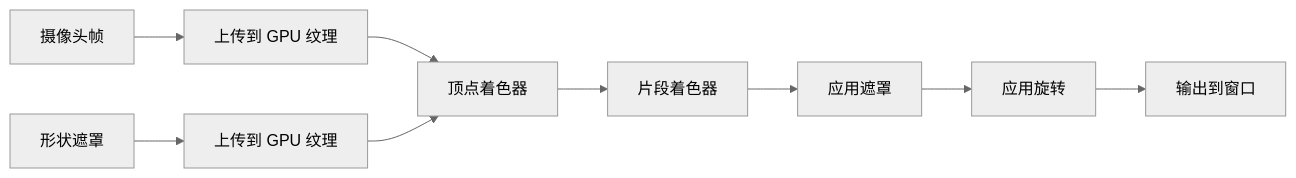
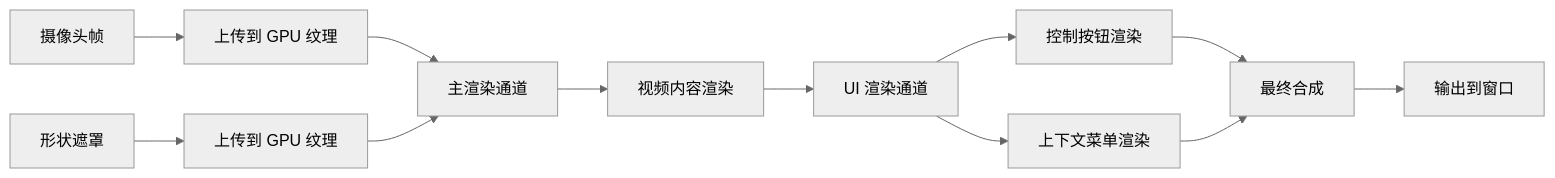
The second of 2 diagrams in .kiro/specs/mira/design.md (Vogadero/Mira), drawn with Mermaid (neutral theme) before and after one commit. The commit also changed other lines of this file and 3 other files, not shown here.

````diff
--- a/.kiro/specs/mira/design.md
+++ b/.kiro/specs/mira/design.md
@@ -461,11 +498,14 @@
 ```mermaid
 graph LR
     A[摄像头帧] --> B[上传到 GPU 纹理]
     C[形状遮罩] --> D[上传到 GPU 纹理]
-    B --> E[顶点着色器]
+    B --> E[主渲染通道]
     D --> E
-    E --> F[片段着色器]
-    F --> G[应用遮罩]
-    G --> H[应用旋转]
-    H --> I[输出到窗口]
+    E --> F[视频内容渲染]
+    F --> G[UI 渲染通道]
+    G --> H[控制按钮渲染]
+    G --> I[上下文菜单渲染]
+    H --> J[最终合成]
+    I --> J
+    J --> K[输出到窗口]
 ```
````
